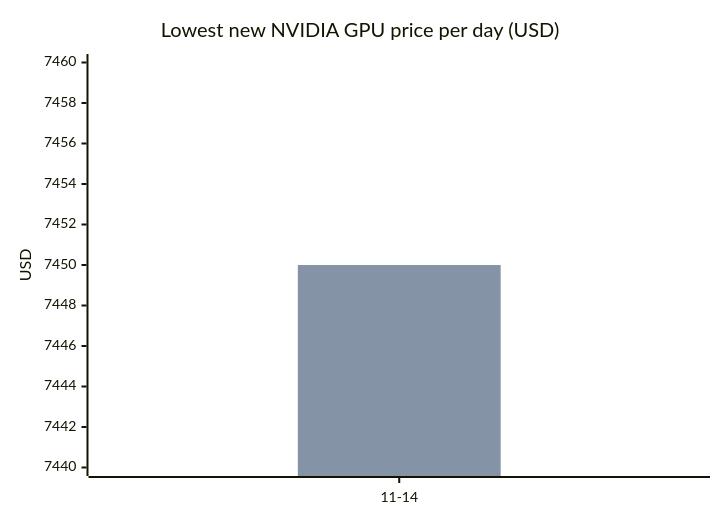
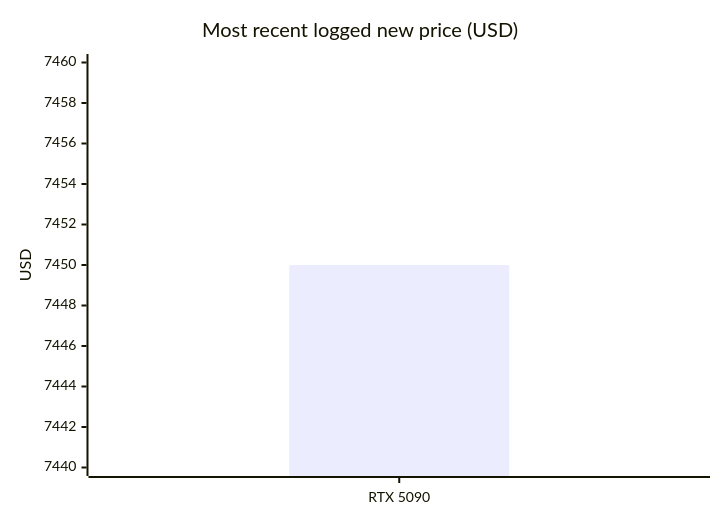
The third of 4 diagrams in README.md (7324136828/4tb_ssd_price_watch), drawn with Mermaid before and after one commit. The commit also changed other lines of this file and 1 other file, not shown here.

First line of the commit message:
Break down NVIDIA and AMD GPU sections by model

````diff
--- a/README.md
+++ b/README.md
@@ -82,8 +93,7 @@
 ```mermaid
 xychart-beta
-    title "Lowest new NVIDIA GPU price per day (USD)"
-    x-axis ["11-14"]
+    title "Most recent logged new price (USD)"
+    x-axis ["RTX 5090"]
     y-axis "USD" 7440 --> 7460
-    line [7450.00]
     bar [7450.00]
 ```
````
